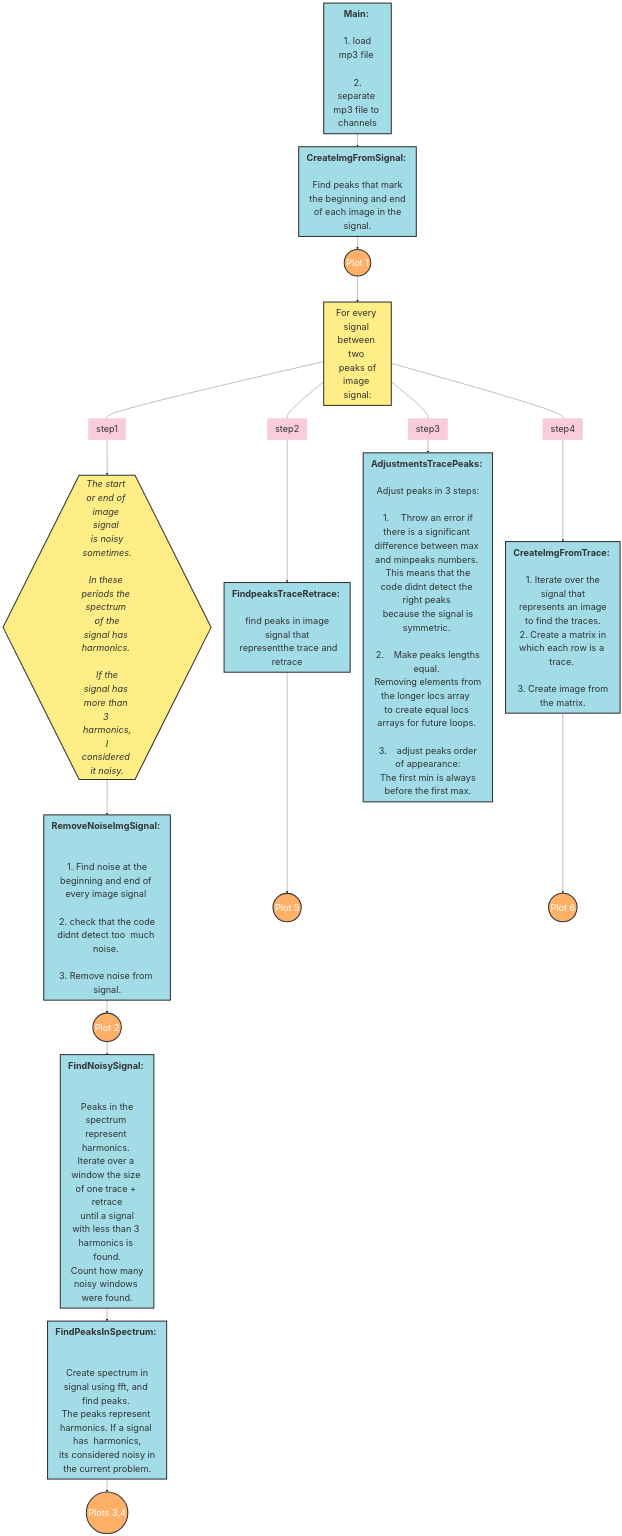
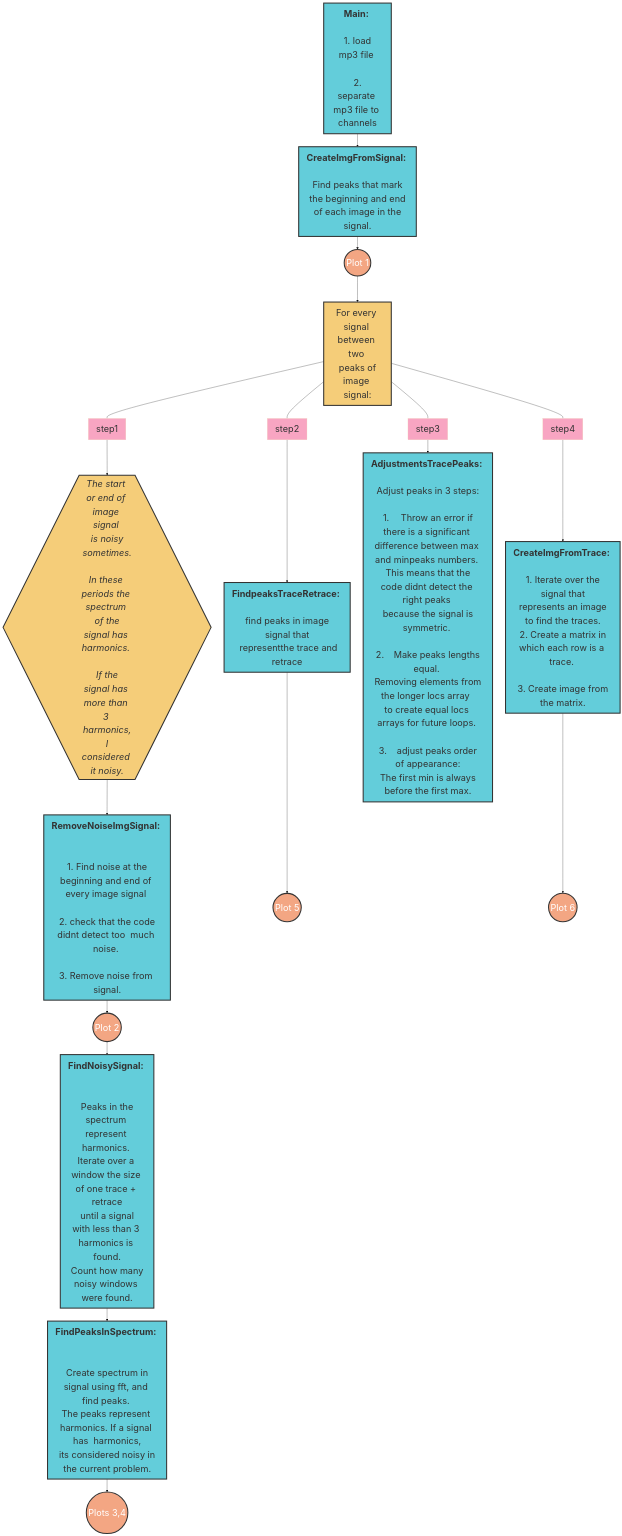
The diagram in README.md (michalevin25/VoyagerGoldenDisk), drawn with Mermaid before and after one commit.

````diff
--- a/README.md
+++ b/README.md
@@ -18,57 +18,57 @@
 ```mermaid
 %%{init: {'theme': 'base', 'themeVariables': { 'fontSize': '35px'}}}%%
 flowchart TB
 
 
 
 %% Nodes:
 
     id1[<b>Main:</b> <br /> <br /> 1. load mp3 file <br /> <br /> 2. separate mp3 file to channels]
     
     id2[<b>CreateImgFromSignal:</b> <br /> <br /> Find peaks that mark the beginning and end<br /> of each image in the signal.]
     
     id3[For every signal between two <br /> peaks of image signal:]
     
     id4{{<i>The start or end of image signal <br /> is noisy sometimes.<br /> <br />In these periods the spectrum <br /> of the signal has harmonics. <br /><br /> If the signal has more than 3 harmonics,<br /> I considered it noisy.</i>}}
     
     id5[<b>RemoveNoiseImgSignal:</b>  <br /> <br /> 1. Find noise at the beginning and end of every image signal <br /> <br /> 2. check that the code didnt detect too  much noise. <br /> <br />3. Remove noise from signal. ]
         
     id6[<b>FindNoisySignal:</b>  <br /> <br /> Peaks in the spectrum represent harmonics. <br />Iterate over a window the size of one trace + retrace<br /> until a signal with less than 3 harmonics is found.<br /> Count how many noisy windows were found.]
     
     id7[<b>FindPeaksInSpectrum:</b>  <br /> <br /> Create spectrum in signal using fft, and find peaks. <br />The peaks represent harmonics. If a signal has  harmonics,<br /> its considered noisy in the current problem.]
         
     id8[<b>FindpeaksTraceRetrace:</b> <br />  <br /> find peaks in image signal that<br />  representthe trace and retrace]
         
     id9[<b>AdjustmentsTracePeaks:</b> <br />  <br /> Adjust peaks in 3 steps: <br /> <br /> 1.	Throw an error if there is a significant <br />difference between max and minpeaks numbers. <br /> This means that the code didnt detect the right peaks <br /> because the signal is symmetric. <br /> <br /> 2.	Make peaks lengths equal. <br /> Removing elements from the longer locs array  <br />to create equal locs arrays for future loops. <br /> <br /> 3.	adjust peaks order of appearance:<br /> The first min is always before the first max.]
     
     id10[<b>CreateImgFromTrace:</b> <br />  <br /> 1. Iterate over the signal that<br /> represents an image to find the traces.<br /> 2. Create a matrix in which each row is a trace. <br /> <br /> 3. Create image from the matrix.]
     
     %% plot nodes:
    
     plt1((Plot 1)) 
     plt2((Plot 2)) 
     plt34((Plots 3,4)) 
     plt5((Plot 5)) 
     plt6((Plot 6)) 
     
     %% Relations between nodes: 
     
     id1--> id2 --> plt1 ---> id3
     id3 --- step1 --> id4  --> id5 --> plt2--> id6 --> id7 --> plt34
     id3---  step2--> id8 --> plt5
     id3---  step3--> id9
     id3---  step4--> id10 --> plt6 
     
     %% attaching to class for styling:
     
     class id1,id2,id5,id6,id7,id8,id9,id10 nodesfunc;
     class id3,id4 nodescomment;
     class plt1,plt2,plt34,plt5,plt6 nodesplt;
     
     %% styling:
-    classDef default      fill:#F8CCDC
-    classDef nodesfunc    fill:#A2DCE7, stroke:#333,stroke-width:4px
-    classDef nodescomment fill:#FFED86, stroke:#333,stroke-width:4px
-    classDef nodesplt     fill:#FFB067, stroke:#333,stroke-width:4px, color:#fff
+    classDef default      fill:#f8a5c2
+    classDef nodesfunc    fill:#63cdda, stroke:#333,stroke-width:4px
+    classDef nodescomment fill:#f5cd79, stroke:#333,stroke-width:4px
+    classDef nodesplt     fill:#f3a683, stroke:#333,stroke-width:4px, color:#fff
 
 ```
````
